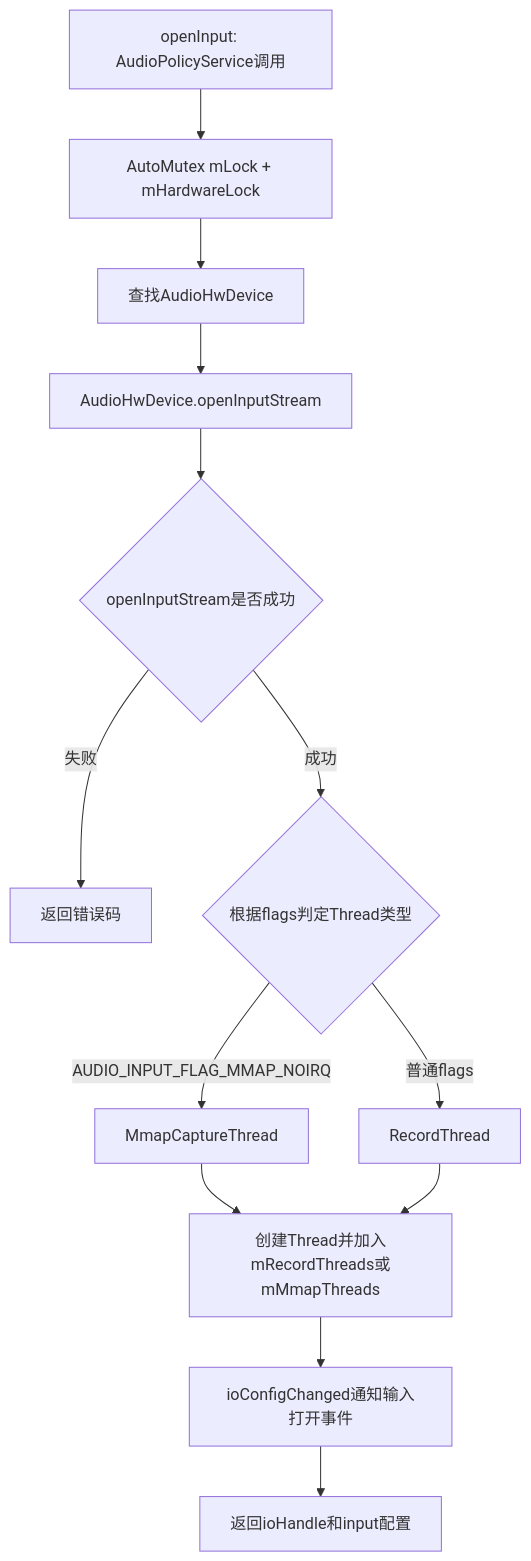
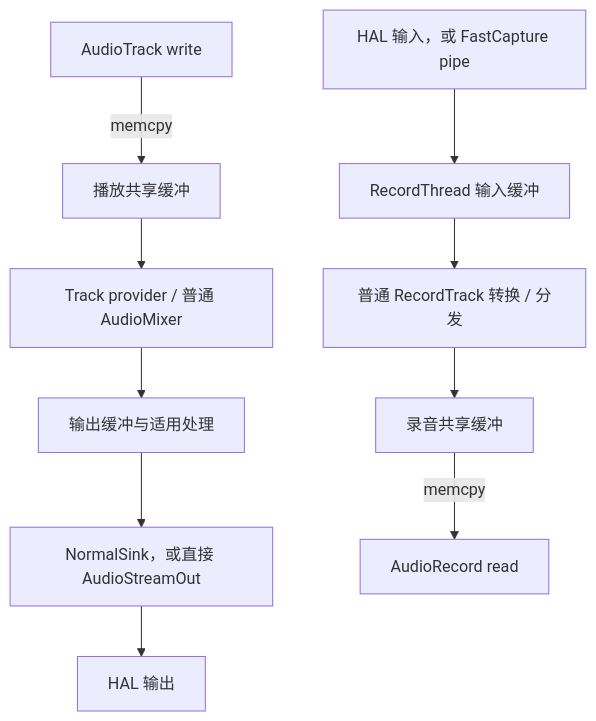
One commit to yanglinzhen1022/SA8295_AAOS_QNX_Audio_KnowledgeBase changed the third of 3 diagrams in 05_AudioFlinger/05_5.1_AudioFlinger-音频数据面引擎.md. Above: the diagram before and after it, drawn with Mermaid. The commit also changed other lines of this file and 11 other files, not shown here.

````diff
--- a/05_AudioFlinger/05_5.1_AudioFlinger-音频数据面引擎.md
+++ b/05_AudioFlinger/05_5.1_AudioFlinger-音频数据面引擎.md
@@ -661,15 +119,12 @@
 ```mermaid
-flowchart TB
-    start[openInput: AudioPolicyService调用] --> lock[AutoMutex mLock + mHardwareLock]
-    lock --> findDev[查找AudioHwDevice]
-    findDev --> openStream[AudioHwDevice.openInputStream]
-    openStream --> checkResult{openInputStream是否成功}
-    checkResult -->|失败| returnError[返回错误码]
-    checkResult -->|成功| checkFlags{根据flags判定Thread类型}
-    checkFlags -->|AUDIO_INPUT_FLAG_MMAP_NOIRQ| mmap[MmapCaptureThread]
-    checkFlags -->|普通flags| record[RecordThread]
-    mmap --> createThread[创建Thread并加入mRecordThreads或mMmapThreads]
-    record --> createThread
-    createThread --> ioConfig[ioConfigChanged通知输入打开事件]
-    ioConfig --> return[返回ioHandle和input配置]
+flowchart TD
+    A[AudioTrack write] -->|memcpy| B[播放共享缓冲]
+    B --> C[Track provider / 普通 AudioMixer]
+    C --> D[输出缓冲与适用处理]
+    D --> E[NormalSink，或直接 AudioStreamOut]
+    E --> F[HAL 输出]
+    G[HAL 输入，或 FastCapture pipe] --> H[RecordThread 输入缓冲]
+    H --> I[普通 RecordTrack 转换 / 分发]
+    I --> J[录音共享缓冲]
+    J -->|memcpy| K[AudioRecord read]
 ```
````
